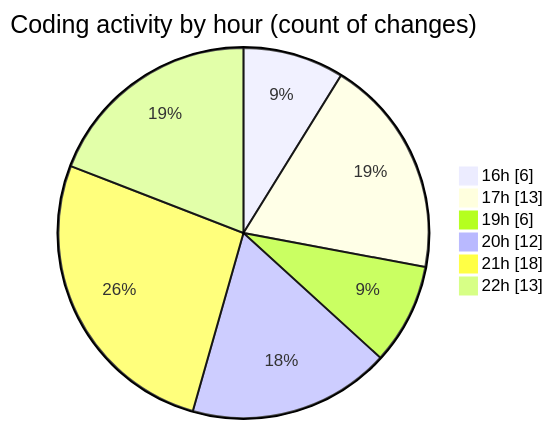
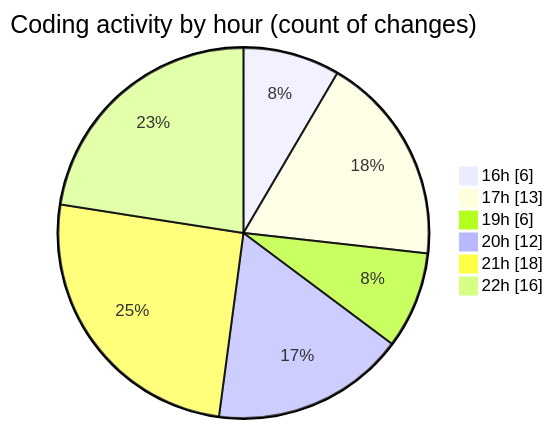
Before and after one commit to idhammustaqopulfikri/code-tracking: the second of 2 diagrams in 2025-06-22/studio-backend/README.md, drawn with Mermaid. The commit also changed other lines of this file and 1 other file, not shown here.

````diff
--- a/2025-06-22/studio-backend/README.md
+++ b/2025-06-22/studio-backend/README.md
@@ -39,10 +39,10 @@
 ```mermaid
 pie showData
 title Coding activity by hour (count of changes)
 "16h" : 6
 "17h" : 13
 "19h" : 6
 "20h" : 12
 "21h" : 18
-"22h" : 13
+"22h" : 16
 ```
````
